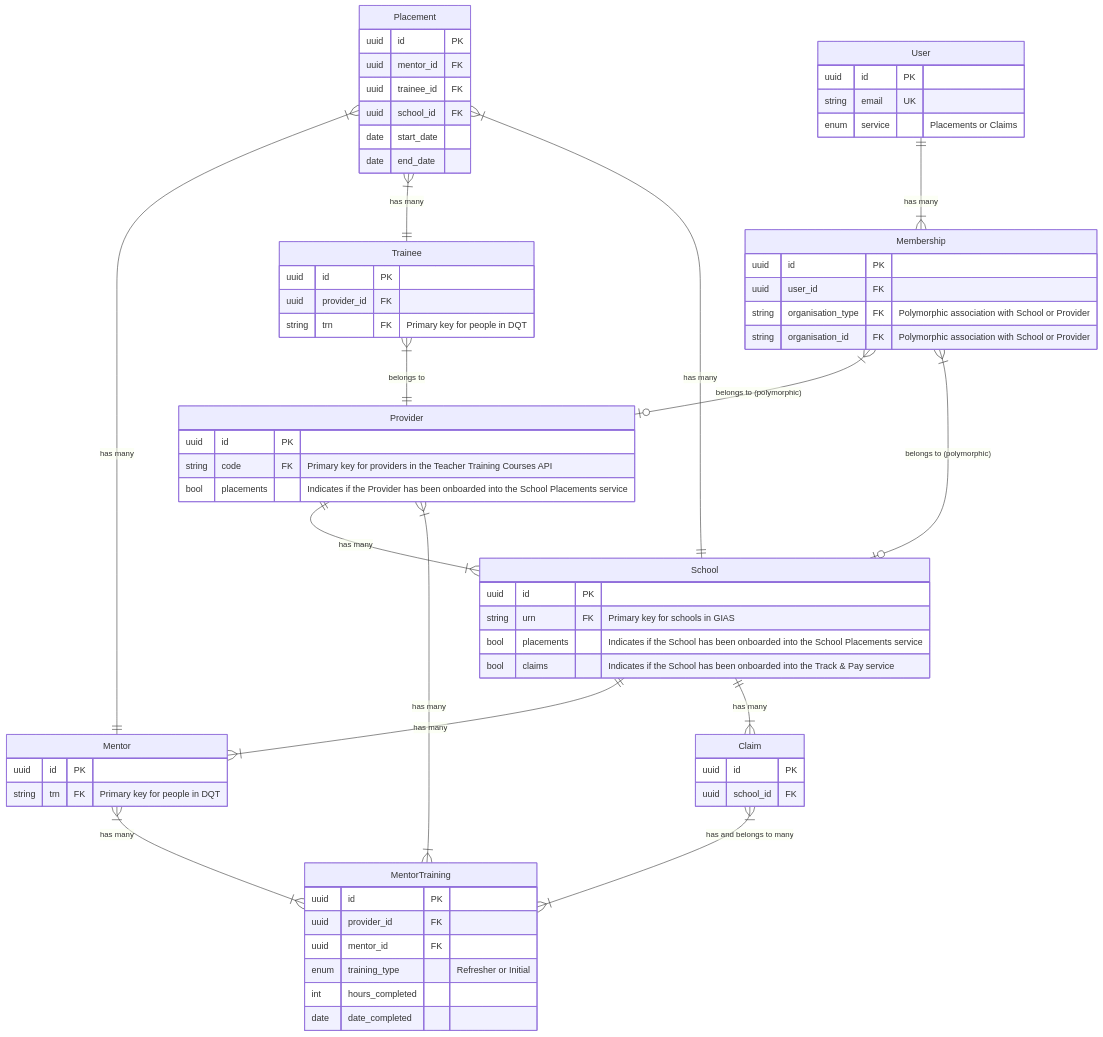
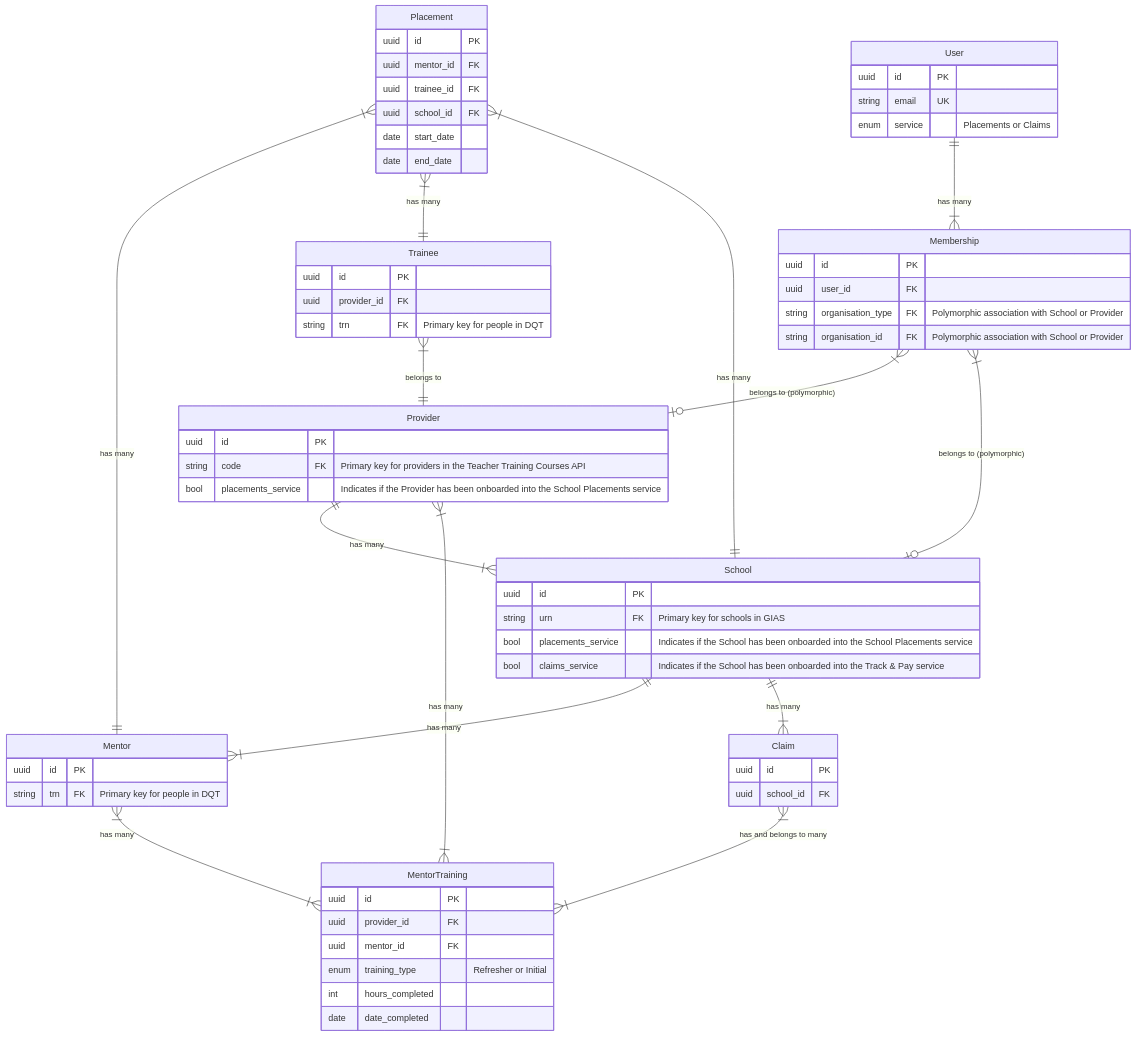
The diagram in docs/data-model.md (DFE-Digital/itt-mentor-services), drawn with Mermaid before and after one commit. The commit also changed other lines of this file, not shown here.

````diff
--- a/docs/data-model.md
+++ b/docs/data-model.md
@@ -17,80 +17,80 @@
 ```mermaid
 erDiagram
   Placement {
     uuid id PK
     uuid mentor_id FK
     uuid trainee_id FK
     uuid school_id FK
     date start_date
     date end_date
   }
 
   School {
     uuid id PK
     string urn FK "Primary key for schools in GIAS"
-    bool placements "Indicates if the School has been onboarded into the School Placements service"
-    bool claims "Indicates if the School has been onboarded into the Track & Pay service"
+    bool placements_service "Indicates if the School has been onboarded into the School Placements service"
+    bool claims_service "Indicates if the School has been onboarded into the Track & Pay service"
   }
 
   Mentor {
     uuid id PK
     string trn FK "Primary key for people in DQT"
   }
 
   Provider {
     uuid id PK
     string code FK "Primary key for providers in the Teacher Training Courses API"
-    bool placements "Indicates if the Provider has been onboarded into the School Placements service"
+    bool placements_service "Indicates if the Provider has been onboarded into the School Placements service"
   }
 
   MentorTraining {
     uuid id PK
     uuid provider_id FK
     uuid mentor_id FK
     enum training_type "Refresher or Initial"
     int hours_completed
     date date_completed
   }
 
   Claim {
     uuid id PK
     uuid school_id FK
   }
 
   Trainee {
     uuid id PK
     uuid provider_id FK
     string trn FK "Primary key for people in DQT"
   }
 
   User {
     uuid id PK
     string email UK
     enum service "Placements or Claims"
   }
 
   Membership {
     uuid id PK
     uuid user_id FK
     string organisation_type FK "Polymorphic association with School or Provider"
     string organisation_id FK "Polymorphic association with School or Provider"
   }
 
   School ||--|{ Mentor : "has many"
   Provider ||--|{ School : "has many"
   Trainee }|--|| Provider : "belongs to"
 
   Placement }|--|| Mentor : "has many"
   Placement }|--|| Trainee : "has many"
   Placement }|--|| School : "has many"
 
   Mentor }|--|{ MentorTraining : "has many"
   Provider }|--|{ MentorTraining : "has many"
 
   School ||--|{ Claim : "has many"
   Claim }|--|{ MentorTraining : "has and belongs to many"
 
   User ||--|{ Membership : "has many"
   Membership }|--o| Provider : "belongs to (polymorphic)"
   Membership }|--o| School : "belongs to (polymorphic)"
 ```
````
